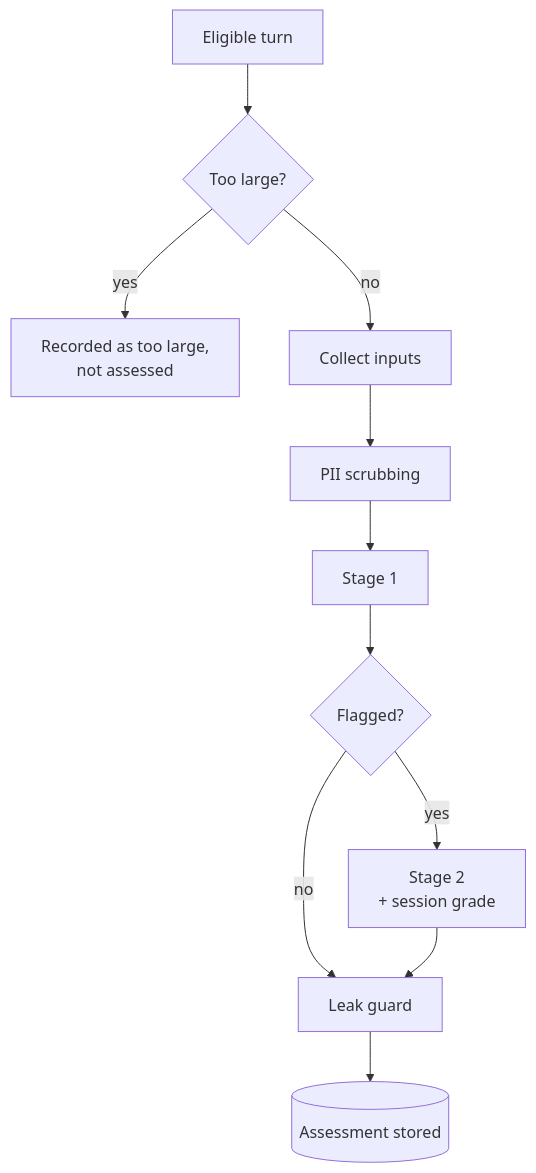
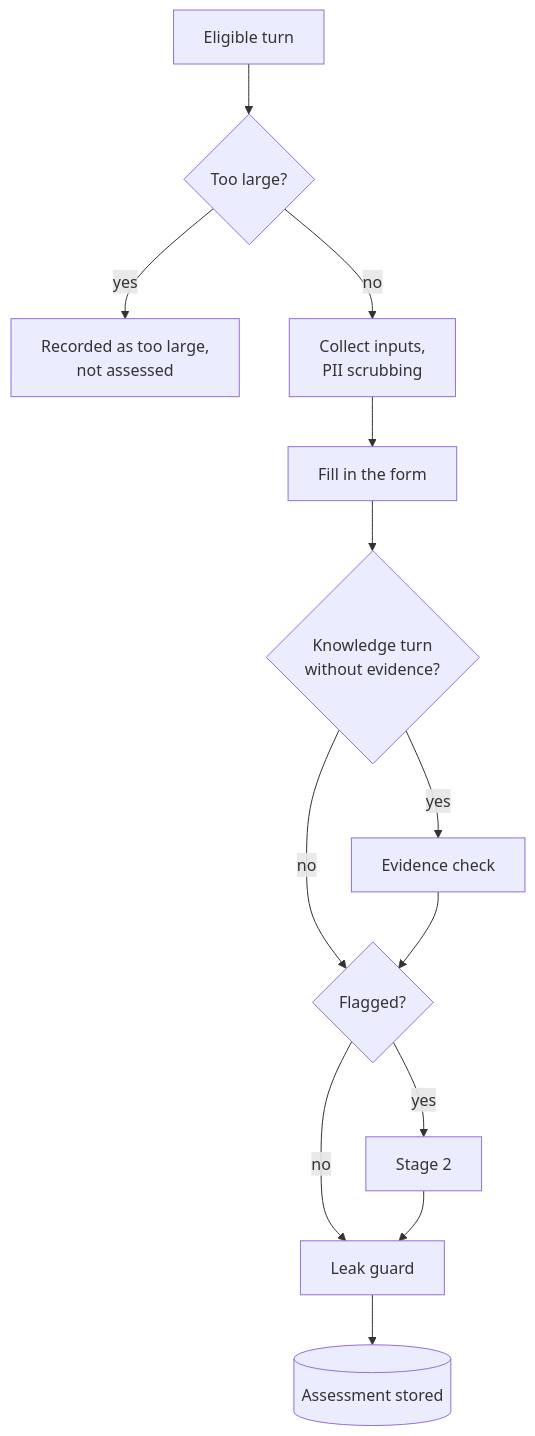
Before and after one commit to pborkowski-rtbh/conversation-analyzer: the fourth of 5 diagrams in design-doc.md, drawn with Mermaid. The commit also changed other lines of this file and 5 other files, not shown here.

````diff
--- a/design-doc.md
+++ b/design-doc.md
@@ -238,13 +242,15 @@
 ```mermaid
 flowchart TB
     A["Eligible turn"] --> B{"Too large?"}
     B -->|"yes"| S["Recorded as too large,<br/>not assessed"]
-    B -->|"no"| C["Collect inputs"]
-    C --> D["PII scrubbing"]
-    D --> E["Stage 1"]
-    E --> F{"Flagged?"}
+    B -->|"no"| C["Collect inputs,<br/>PII scrubbing"]
+    C --> E["Fill in the form"]
+    E --> D{"Knowledge turn<br/>without evidence?"}
+    D -->|"yes"| V["Evidence check"]
+    D -->|"no"| F{"Flagged?"}
+    V --> F
     F -->|"no"| L["Leak guard"]
-    F -->|"yes"| G["Stage 2<br/>+ session grade"]
+    F -->|"yes"| G["Stage 2"]
     G --> L
     L --> R[("Assessment stored")]
 ```
````
